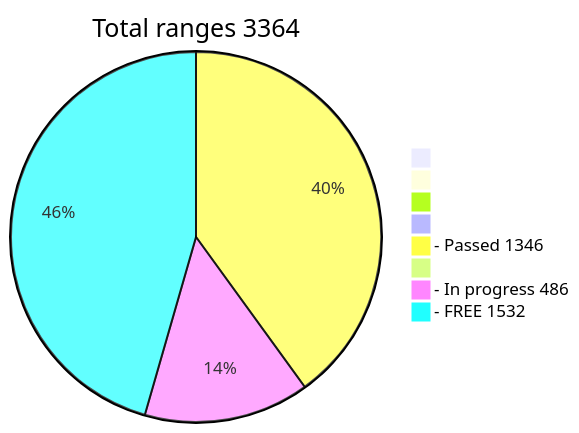
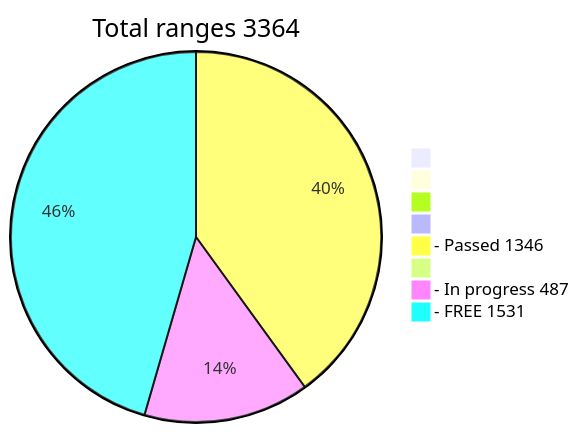
The diagram in README.md (phrutis/wif500), drawn with Mermaid before and after one commit.

````diff
--- a/README.md
+++ b/README.md
@@ -16,12 +16,12 @@
 ```mermaid
 pie title Total ranges 3364
              " " : 0
             "  " : 0
            "   " : 0
           "    " : 0
   "- Passed 1346" : 1346
          "     " : 0
-  "- In progress 486" : 486
-   "- FREE 1532" : 1532
+  "- In progress 487" : 487
+   "- FREE 1531" : 1531
    
 ```
````
